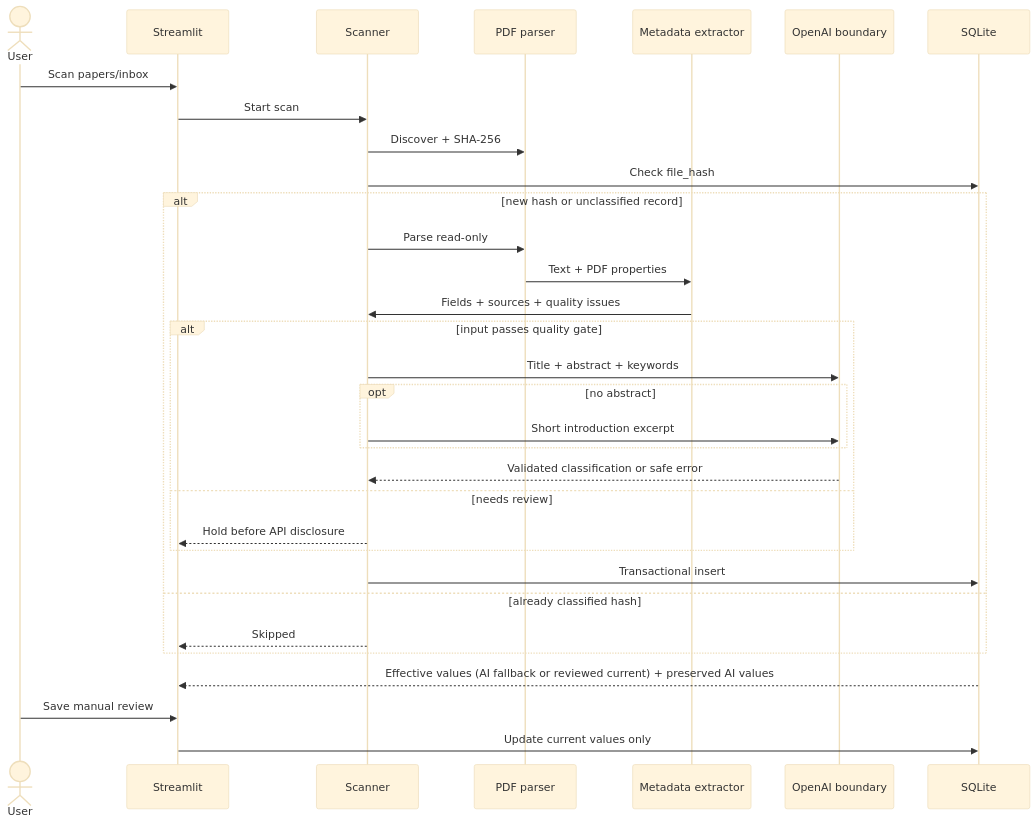
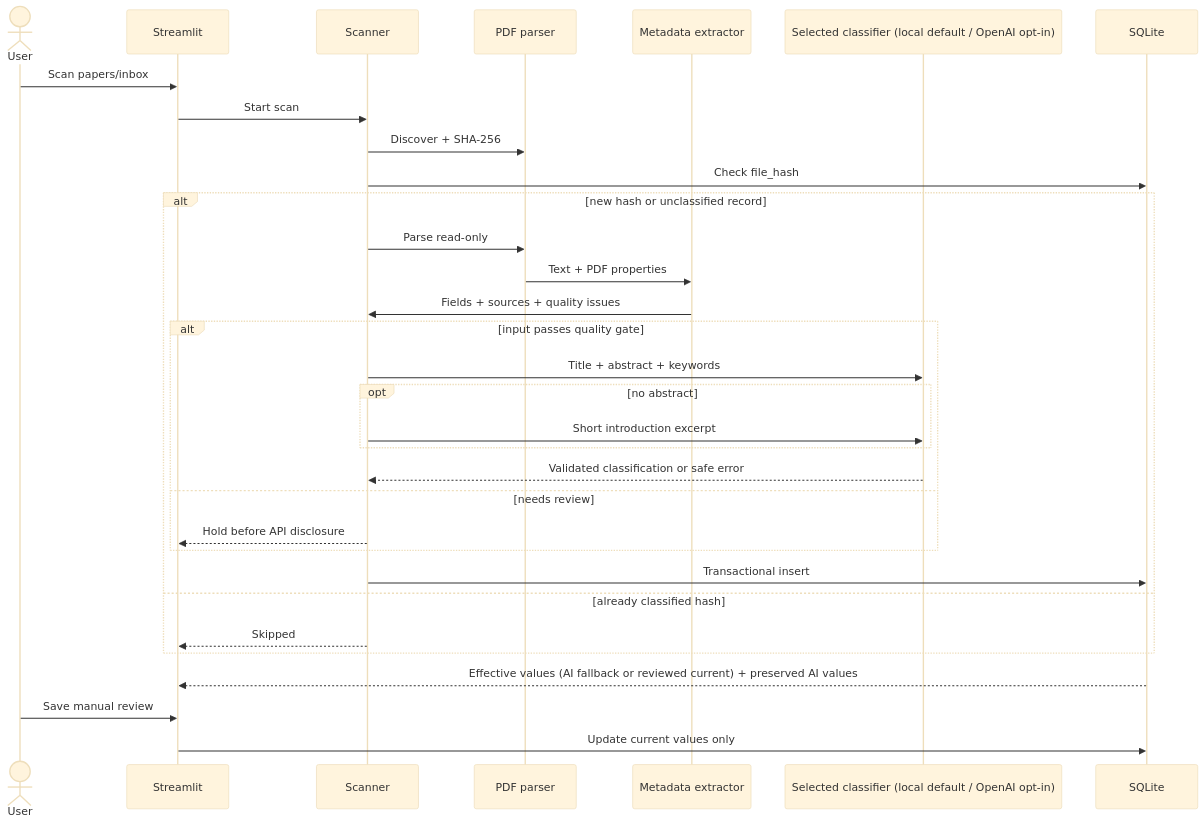
The diagram in docs/ARCHITECTURE.md (ryouta-gidou-sec/SecPaper-Atlas), drawn with Mermaid (base theme) before and after one commit. The commit also changed other lines of this file and 19 other files, not shown here.

````diff
--- a/docs/ARCHITECTURE.md
+++ b/docs/ARCHITECTURE.md
@@ -22,35 +23,35 @@
 ```mermaid
 sequenceDiagram
     actor User
     participant UI as Streamlit
     participant Scan as Scanner
     participant PDF as PDF parser
     participant Meta as Metadata extractor
-    participant AI as OpenAI boundary
+    participant AI as Selected classifier (local default / OpenAI opt-in)
     participant DB as SQLite
 
     User->>UI: Scan papers/inbox
     UI->>Scan: Start scan
     Scan->>PDF: Discover + SHA-256
     Scan->>DB: Check file_hash
     alt new hash or unclassified record
         Scan->>PDF: Parse read-only
         PDF->>Meta: Text + PDF properties
         Meta->>Scan: Fields + sources + quality issues
         alt input passes quality gate
             Scan->>AI: Title + abstract + keywords
             opt no abstract
                 Scan->>AI: Short introduction excerpt
             end
             AI-->>Scan: Validated classification or safe error
         else needs review
             Scan-->>UI: Hold before API disclosure
         end
         Scan->>DB: Transactional insert
     else already classified hash
         Scan-->>UI: Skipped
     end
     DB-->>UI: Effective values (AI fallback or reviewed current) + preserved AI values
     User->>UI: Save manual review
     UI->>DB: Update current values only
 ```
````
